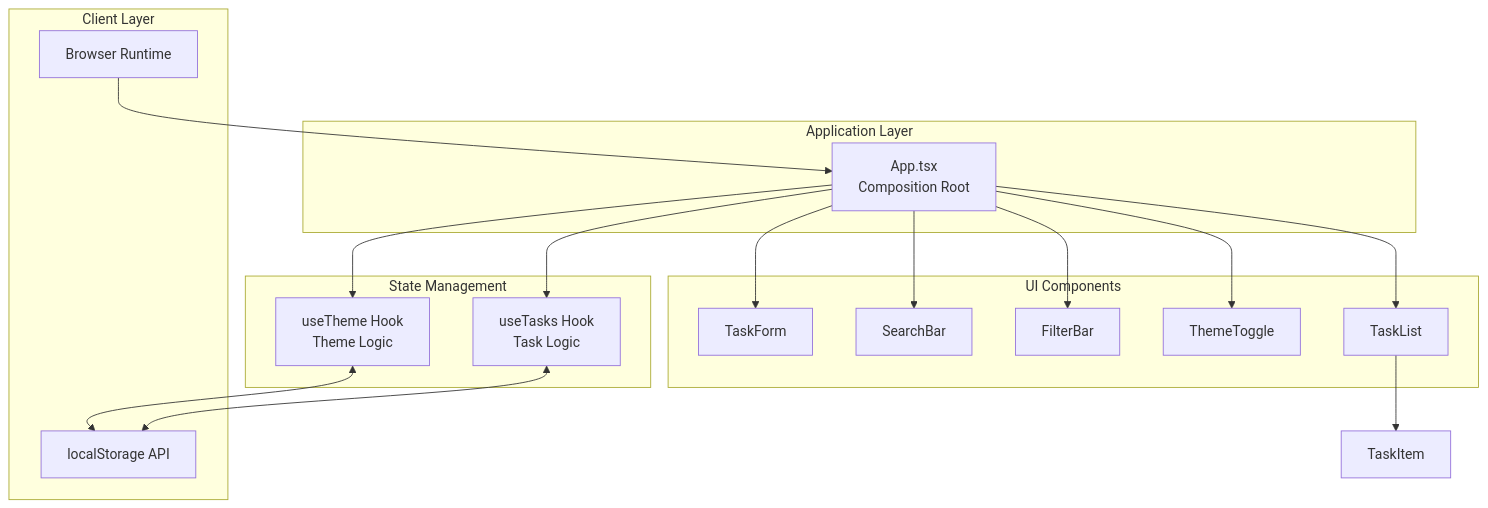
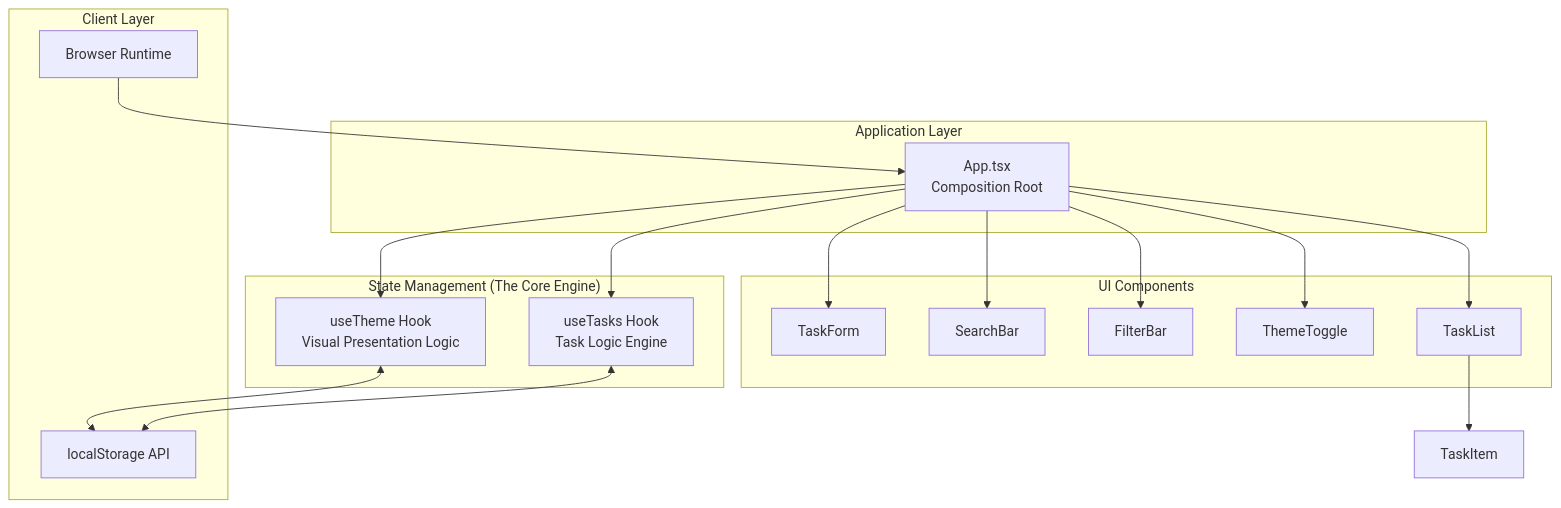
Before and after one commit to Gringo2/zero-task: the first of 6 diagrams in docs/ARCHITECTURE.md, drawn with Mermaid. The commit also changed other lines of this file and 5 other files, not shown here.

````diff
--- a/docs/ARCHITECTURE.md
+++ b/docs/ARCHITECTURE.md
@@ -13,38 +17,38 @@
 ```mermaid
 graph TB
 subgraph "Client Layer"
         Browser[Browser Runtime]
         LocalStorage[localStorage API]
     end
     
     subgraph "Application Layer"
         App[App.tsx<br/>Composition Root]
     end
     
-    subgraph "State Management"
-        UseTasks[useTasks Hook<br/>Task Logic]
-        UseTheme[useTheme Hook<br/>Theme Logic]
+    subgraph "State Management (The Core Engine)"
+        UseTasks["useTasks Hook<br/>Task Logic Engine"]
+        UseTheme["useTheme Hook<br/>Visual Presentation Logic"]
     end
     
     subgraph "UI Components"
         TaskForm[TaskForm]
         SearchBar[SearchBar]
         FilterBar[FilterBar]
         ThemeToggle[ThemeToggle]
         TaskList[TaskList]
     end
     
     Browser --> App
     App --> UseTasks
     App --> UseTheme
     App --> TaskForm
     App --> SearchBar
     App --> FilterBar
     App --> ThemeToggle
     App --> TaskList
     
     TaskList --> TaskItem[TaskItem]
     
     UseTasks <--> LocalStorage
     UseTheme <--> LocalStorage
 ```
````
